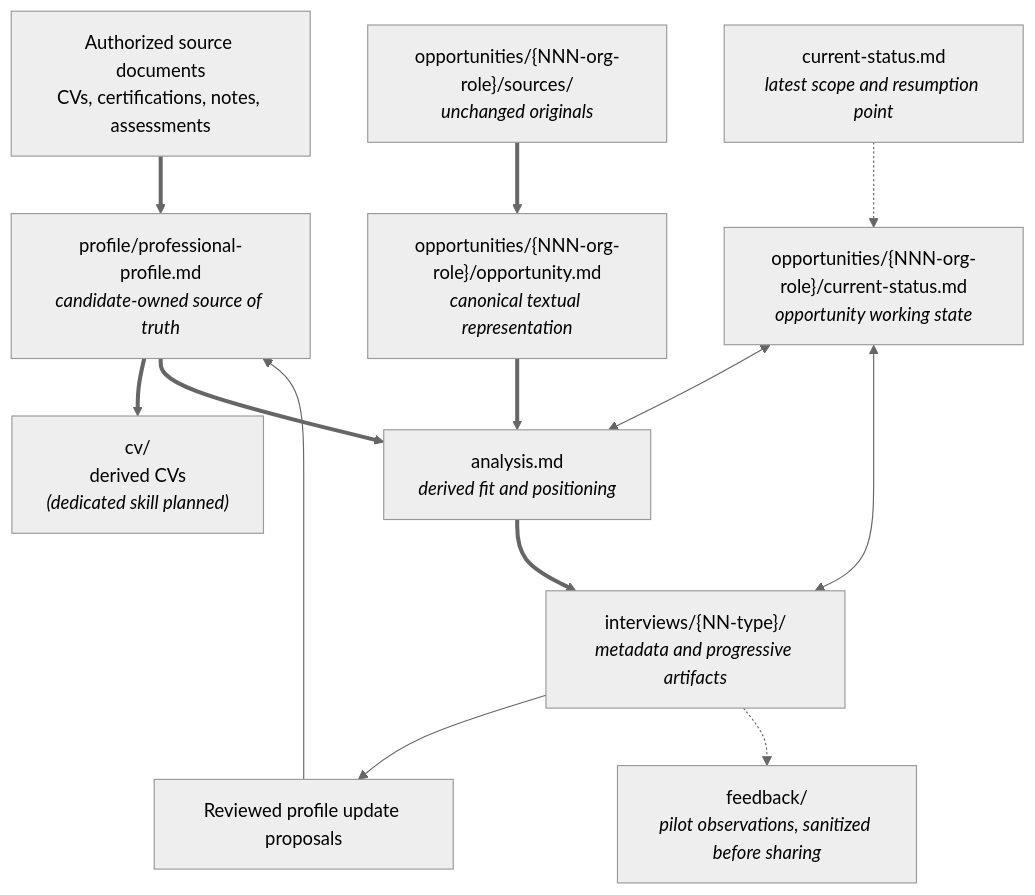
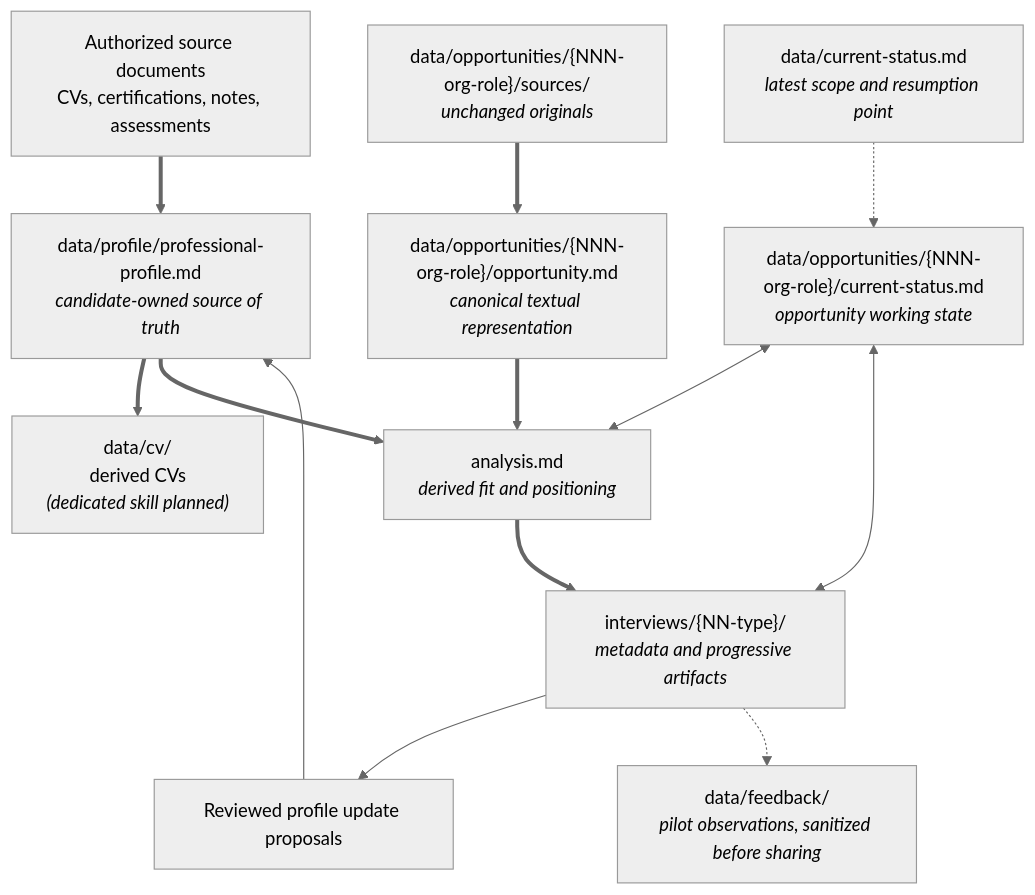
The second of 2 diagrams in docs/architecture.md (JeromeJ77/career-ai-toolkit), drawn with Mermaid (neutral theme) before and after one commit. The commit also changed other lines of this file and 46 other files, not shown here.

````diff
--- a/docs/architecture.md
+++ b/docs/architecture.md
@@ -126,27 +135,27 @@
 ```mermaid
 flowchart TD
     sources["Authorized source documents<br/>CVs, certifications, notes, assessments"]
-    profile["profile/professional-profile.md<br/><i>candidate-owned source of truth</i>"]
-    workspaceStatus["current-status.md<br/><i>latest scope and resumption point</i>"]
-    cv["cv/<br/>derived CVs<br/><i>(dedicated skill planned)</i>"]
-    opportunitySource["opportunities/{NNN-org-role}/opportunity.md<br/><i>canonical textual representation</i>"]
-    opportunityOriginals["opportunities/{NNN-org-role}/sources/<br/><i>unchanged originals</i>"]
+    profile["data/profile/professional-profile.md<br/><i>candidate-owned source of truth</i>"]
+    workspaceStatus["data/current-status.md<br/><i>latest scope and resumption point</i>"]
+    cv["data/cv/<br/>derived CVs<br/><i>(dedicated skill planned)</i>"]
+    opportunitySource["data/opportunities/{NNN-org-role}/opportunity.md<br/><i>canonical textual representation</i>"]
+    opportunityOriginals["data/opportunities/{NNN-org-role}/sources/<br/><i>unchanged originals</i>"]
     opportunityWork["analysis.md<br/><i>derived fit and positioning</i>"]
-    opportunityStatus["opportunities/{NNN-org-role}/current-status.md<br/><i>opportunity working state</i>"]
+    opportunityStatus["data/opportunities/{NNN-org-role}/current-status.md<br/><i>opportunity working state</i>"]
     interview["interviews/{NN-type}/<br/><i>metadata and progressive artifacts</i>"]
     updates["Reviewed profile update proposals"]
-    feedback["feedback/<br/><i>pilot observations, sanitized before sharing</i>"]
+    feedback["data/feedback/<br/><i>pilot observations, sanitized before sharing</i>"]
 
     sources ==> profile
     profile ==> cv
     opportunityOriginals ==> opportunitySource
     profile ==> opportunityWork
     opportunitySource ==> opportunityWork
     workspaceStatus -.-> opportunityStatus
     opportunityStatus <--> opportunityWork
     opportunityWork ==> interview
     opportunityStatus <--> interview
     interview --> updates
     updates --> profile
     interview -.-> feedback
 ```
````
